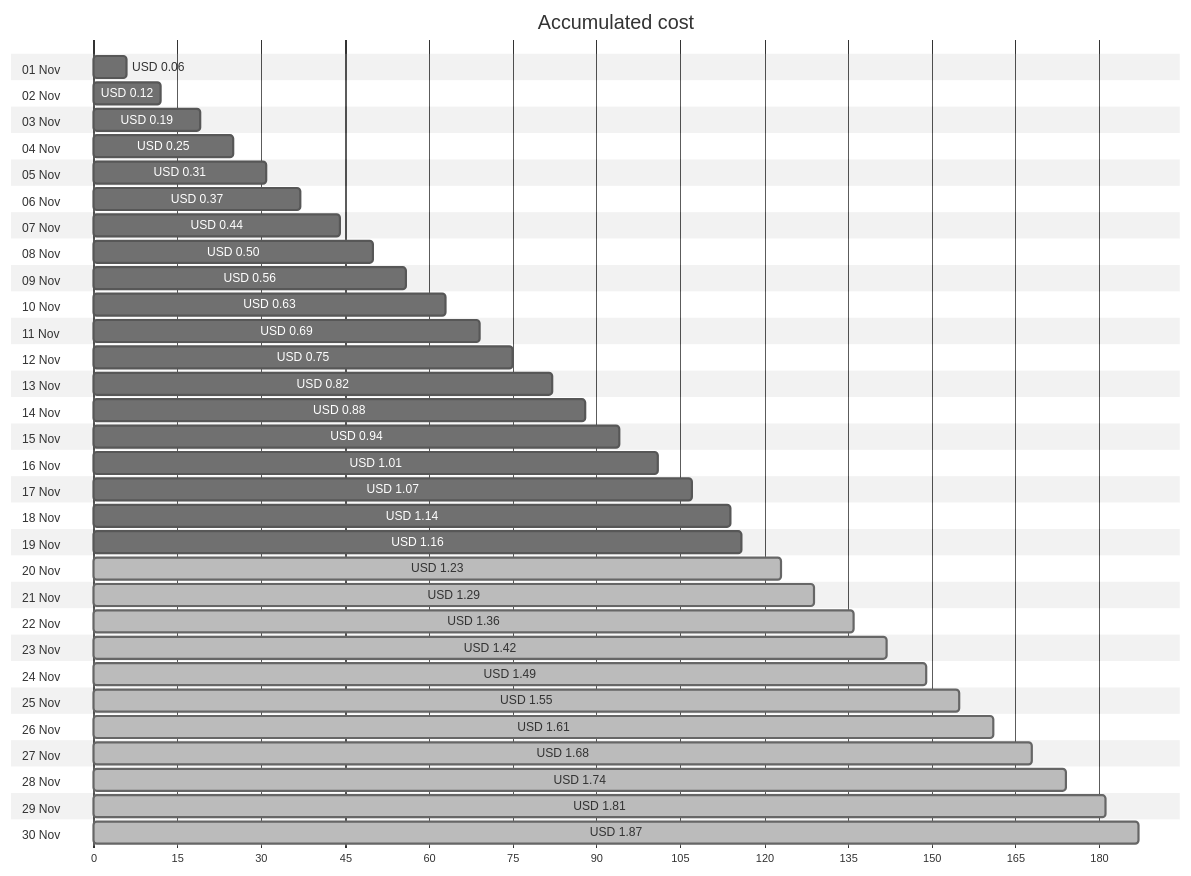
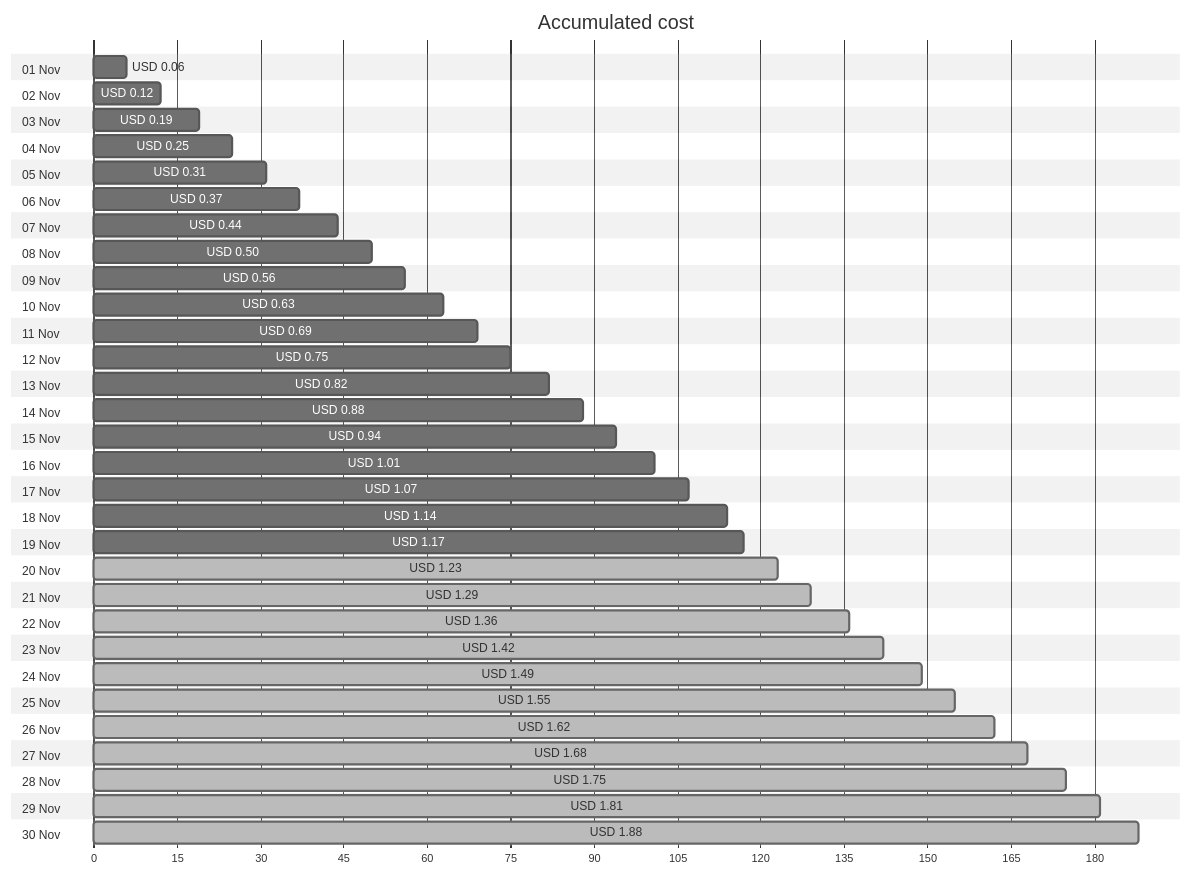
One commit to jpfulton/azure-personal-reports changed the first of 4 diagrams in cost-reports/personal-network/backup-server_OsDisk.md. Above: the diagram before and after it, drawn with Mermaid (neutral theme). The commit also changed other lines of this file and 8 other files, not shown here.

````diff
--- a/cost-reports/personal-network/backup-server_OsDisk.md
+++ b/cost-reports/personal-network/backup-server_OsDisk.md
@@ -20,66 +20,66 @@
 ```mermaid
 gantt
    title Accumulated cost
    dateFormat  X
    axisFormat %s
    section 01 Nov
    USD 0.06 :0, 6
    section 02 Nov
    USD 0.12 :0, 12
    section 03 Nov
    USD 0.19 :0, 19
    section 04 Nov
    USD 0.25 :0, 25
    section 05 Nov
    USD 0.31 :0, 31
    section 06 Nov
    USD 0.37 :0, 37
    section 07 Nov
    USD 0.44 :0, 44
    section 08 Nov
    USD 0.50 :0, 50
    section 09 Nov
    USD 0.56 :0, 56
    section 10 Nov
    USD 0.63 :0, 63
    section 11 Nov
    USD 0.69 :0, 69
    section 12 Nov
    USD 0.75 :0, 75
    section 13 Nov
    USD 0.82 :0, 82
    section 14 Nov
    USD 0.88 :0, 88
    section 15 Nov
    USD 0.94 :0, 94
    section 16 Nov
    USD 1.01 :0, 101
    section 17 Nov
    USD 1.07 :0, 107
    section 18 Nov
    USD 1.14 :0, 114
    section 19 Nov
-   USD 1.16 :0, 116
+   USD 1.17 :0, 117
    section 20 Nov
    USD 1.23 : done, 0, 123
    section 21 Nov
    USD 1.29 : done, 0, 129
    section 22 Nov
    USD 1.36 : done, 0, 136
    section 23 Nov
    USD 1.42 : done, 0, 142
    section 24 Nov
    USD 1.49 : done, 0, 149
    section 25 Nov
    USD 1.55 : done, 0, 155
    section 26 Nov
-   USD 1.61 : done, 0, 161
+   USD 1.62 : done, 0, 162
    section 27 Nov
    USD 1.68 : done, 0, 168
    section 28 Nov
-   USD 1.74 : done, 0, 174
+   USD 1.75 : done, 0, 175
    section 29 Nov
    USD 1.81 : done, 0, 181
    section 30 Nov
-   USD 1.87 : done, 0, 187
+   USD 1.88 : done, 0, 188
 ```
````
